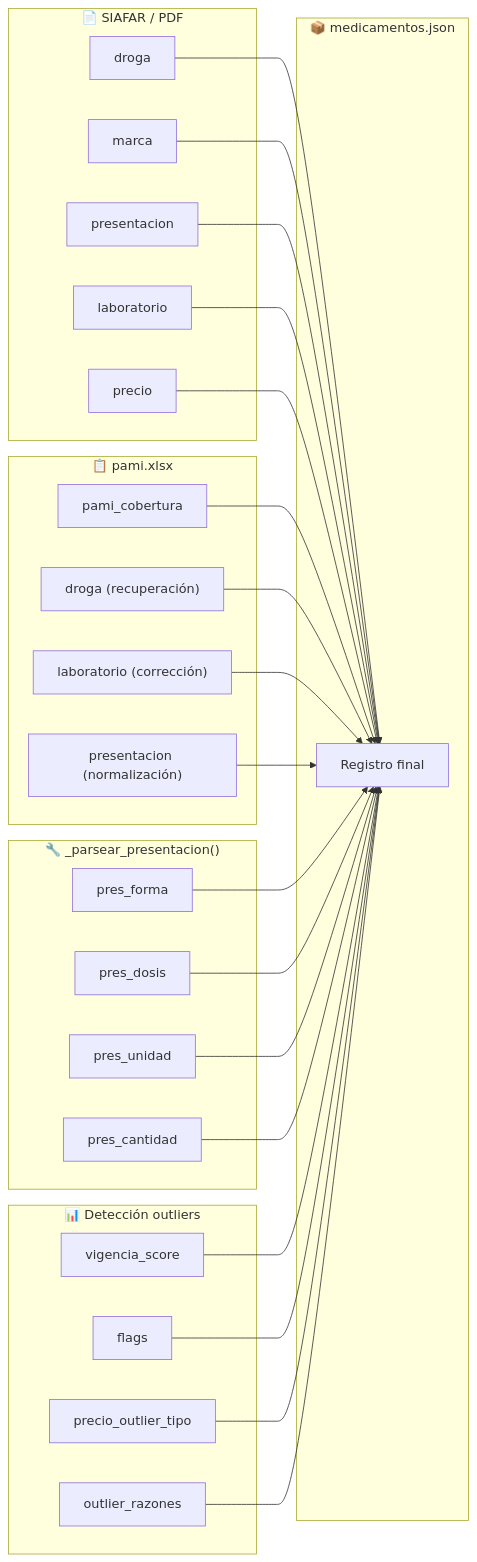
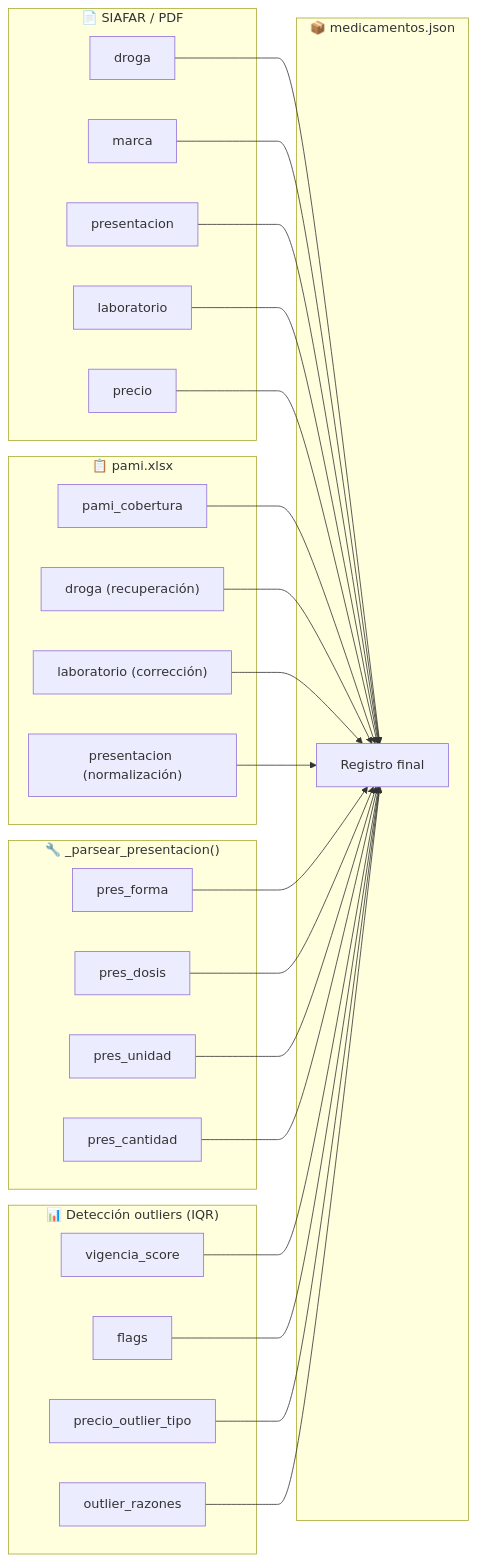
Before and after one commit to psbella/remediar: the ninth of 9 diagrams in README.md, drawn with Mermaid. The commit also changed other lines of this file, not shown here.

````diff
--- a/README.md
+++ b/README.md
@@ -1089,40 +1018,40 @@
 ```mermaid
 flowchart LR
     subgraph SIAFAR["📄 SIAFAR / PDF"]
         S1[droga]
         S2[marca]
         S3[presentacion]
         S4[laboratorio]
         S5[precio]
     end
 
     subgraph PAMI["📋 pami.xlsx"]
         P1[pami_cobertura]
         P2["droga (recuperación)"]
         P3["laboratorio (corrección)"]
         P4["presentacion (normalización)"]
     end
 
     subgraph PARSER["🔧 _parsear_presentacion()"]
         PR1[pres_forma]
         PR2[pres_dosis]
         PR3[pres_unidad]
         PR4[pres_cantidad]
     end
 
-    subgraph OUTLIER["📊 Detección outliers"]
+    subgraph OUTLIER["📊 Detección outliers (IQR)"]
         O1[vigencia_score]
         O2[flags]
         O3[precio_outlier_tipo]
         O4[outlier_razones]
     end
 
     subgraph JSON["📦 medicamentos.json"]
         J[Registro final]
     end
 
     S1 & S2 & S3 & S4 & S5 --> J
     P1 & P2 & P3 & P4 --> J
     PR1 & PR2 & PR3 & PR4 --> J
     O1 & O2 & O3 & O4 --> J
 ```
````
